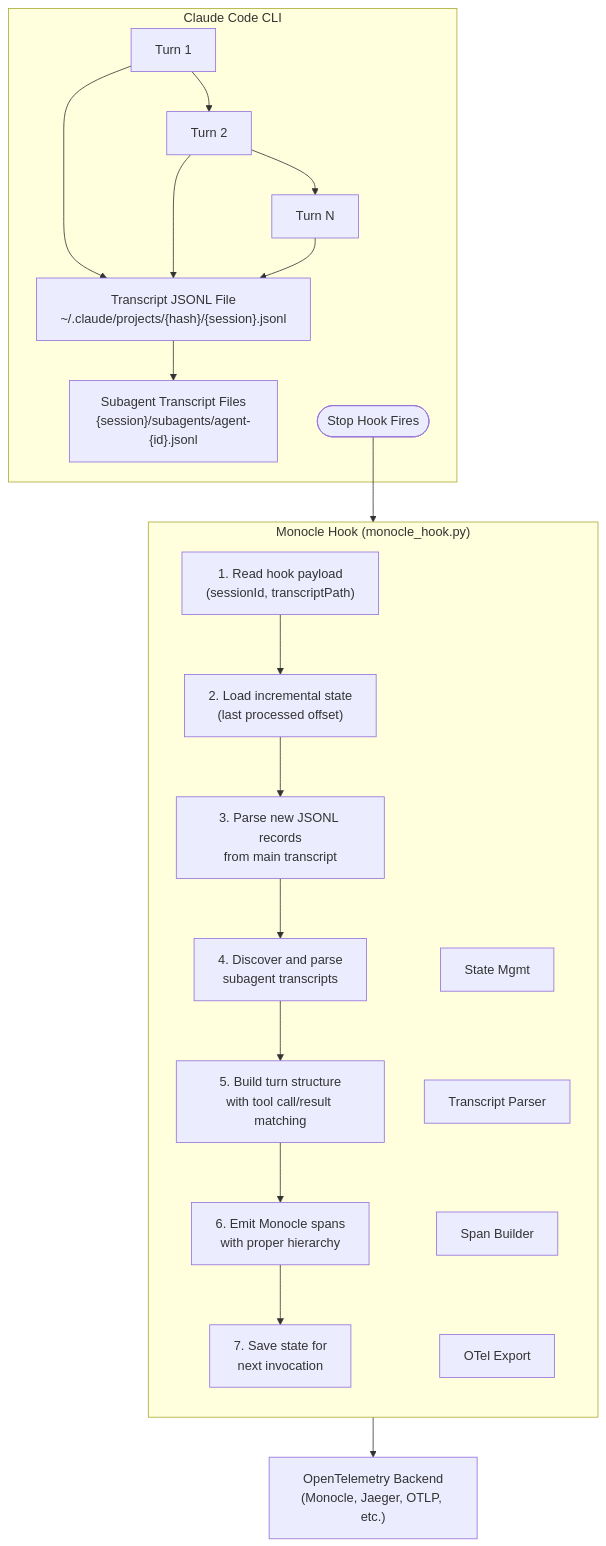
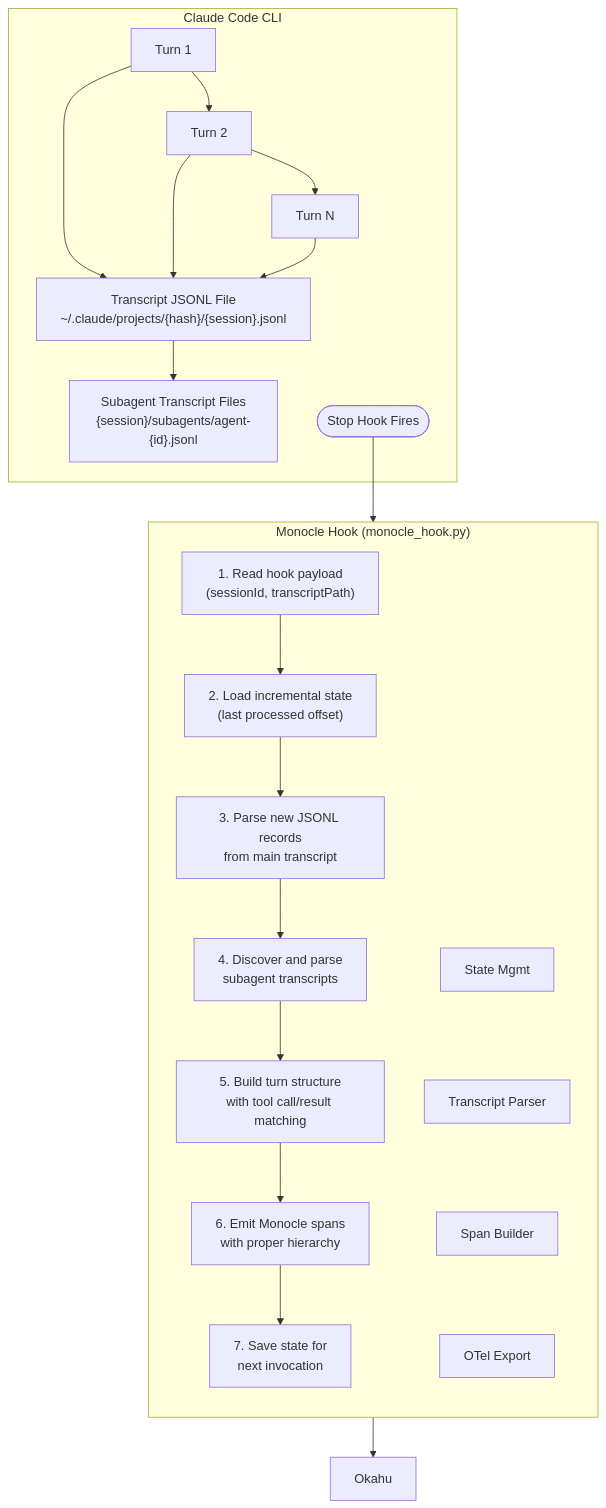
The first of 2 diagrams in examples/scripts/HOOK_PLAN.md (hocokahu/monocle), drawn with Mermaid before and after one commit.

Commit message:
docs: change backend label to Okahu in HOOK_PLAN architecture diagram

````diff
--- a/examples/scripts/HOOK_PLAN.md
+++ b/examples/scripts/HOOK_PLAN.md
@@ -653,27 +653,27 @@
 ```mermaid
 flowchart TD
     subgraph CLI["Claude Code CLI"]
         T1["Turn 1"] --> T2["Turn 2"] --> TN["Turn N"]
         T1 & T2 & TN --> JSONL["Transcript JSONL File<br/>~/.claude/projects/{hash}/{session}.jsonl"]
         JSONL --> SUB["Subagent Transcript Files<br/>{session}/subagents/agent-{id}.jsonl"]
         STOP(["Stop Hook Fires"])
     end
 
     STOP --> HOOK
 
     subgraph HOOK["Monocle Hook (monocle_hook.py)"]
         direction TB
         S1["1. Read hook payload<br/>(sessionId, transcriptPath)"]
         S2["2. Load incremental state<br/>(last processed offset)"]
         S3["3. Parse new JSONL records<br/>from main transcript"]
         S4["4. Discover and parse<br/>subagent transcripts"]
         S5["5. Build turn structure<br/>with tool call/result matching"]
         S6["6. Emit Monocle spans<br/>with proper hierarchy"]
         S7["7. Save state for<br/>next invocation"]
         S1 --> S2 --> S3 --> S4 --> S5 --> S6 --> S7
 
         SM["State Mgmt"] ~~~ TP["Transcript Parser"] ~~~ SB["Span Builder"] ~~~ OE["OTel Export"]
     end
 
-    HOOK --> BACKEND["OpenTelemetry Backend<br/>(Monocle, Jaeger, OTLP, etc.)"]
+    HOOK --> BACKEND["Okahu"]
 ```
````
